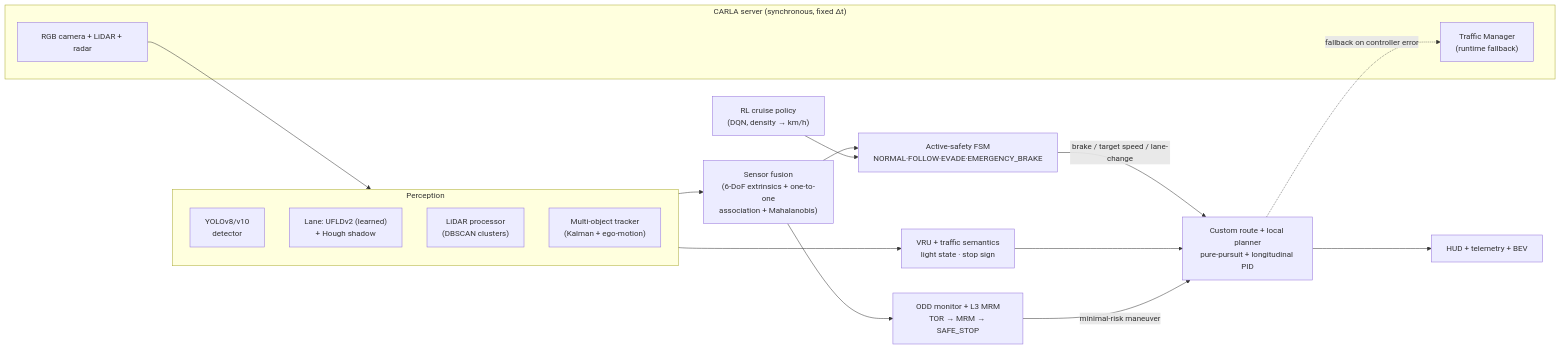
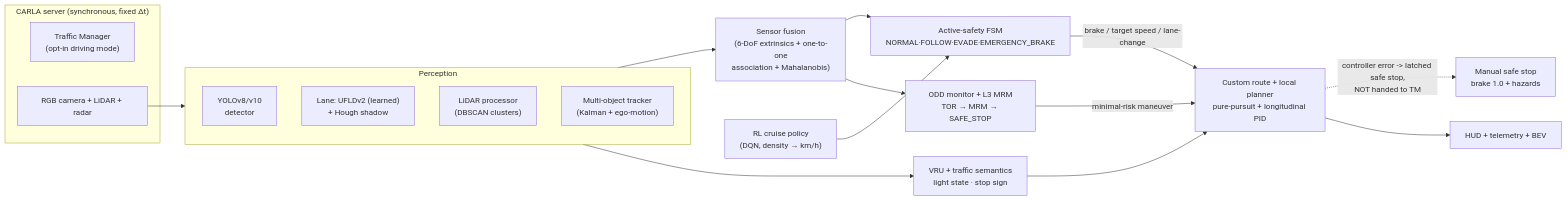
One commit to nhatduongchess-cloud/carla-adas-active-safety-project changed the first of 2 diagrams in README.md. Above: the diagram before and after it, drawn with Mermaid. The commit also changed other lines of this file and 16 other files, not shown here.

````diff
--- a/README.md
+++ b/README.md
@@ -75,27 +75,27 @@
 ```mermaid
 flowchart LR
     subgraph SIM["CARLA server (synchronous, fixed Δt)"]
-        TM["Traffic Manager<br/>(runtime fallback)"]
+        TM["Traffic Manager<br/>(opt-in driving mode)"]
         SENS["RGB camera + LiDAR + radar"]
     end
 
     SENS --> PERC
     subgraph PERC["Perception"]
         YOLO["YOLOv8/v10<br/>detector"]
         LANE["Lane: UFLDv2 (learned)<br/>+ Hough shadow"]
         LIDAR["LiDAR processor<br/>(DBSCAN clusters)"]
         MOT["Multi-object tracker<br/>(Kalman + ego-motion)"]
     end
 
     PERC --> FUSE["Sensor fusion<br/>(6-DoF extrinsics + one-to-one<br/>association + Mahalanobis)"]
     PERC --> SEM["VRU + traffic semantics<br/>light state · stop sign"]
     FUSE --> SAFE["Active-safety FSM<br/>NORMAL·FOLLOW·EVADE·EMERGENCY_BRAKE"]
     FUSE --> ODD["ODD monitor + L3 MRM<br/>TOR → MRM → SAFE_STOP"]
     RL["RL cruise policy<br/>(DQN, density → km/h)"] --> SAFE
 
     SAFE -->|"brake / target speed / lane-change"| ACT["Custom route + local planner<br/>pure-pursuit + longitudinal PID"]
     SEM --> ACT
     ODD -->|"minimal-risk maneuver"| ACT
-    ACT -.->|"fallback on controller error"| TM
+    ACT -.->|"controller error -> latched safe stop,<br/>NOT handed to TM"| STOP["Manual safe stop<br/>brake 1.0 + hazards"]
     ACT --> HUD["HUD + telemetry + BEV"]
 ```
````
